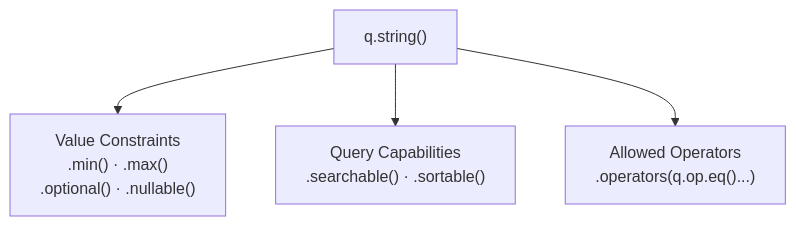
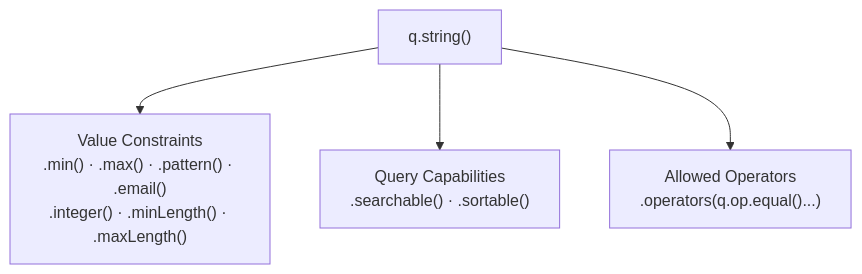
The fourth of 7 diagrams in docs/architecture.md (johngech/querio), drawn with Mermaid before and after one commit. The commit also changed other lines of this file and 8 other files, not shown here.

````diff
--- a/docs/architecture.md
+++ b/docs/architecture.md
@@ -180,6 +159,6 @@
 ```mermaid
 flowchart TD
-    QB["q.string()"] --> VC["Value Constraints\n.min() · .max()\n.optional() · .nullable()"]
+    QB["q.string()"] --> VC["Value Constraints\n.min() · .max() · .pattern() · .email()\n.integer() · .minLength() · .maxLength()"]
     QB --> QC["Query Capabilities\n.searchable() · .sortable()"]
-    QB --> OA["Allowed Operators\n.operators(q.op.eq()...)"]
+    QB --> OA["Allowed Operators\n.operators(q.op.equal()...)"]
 ```
````
